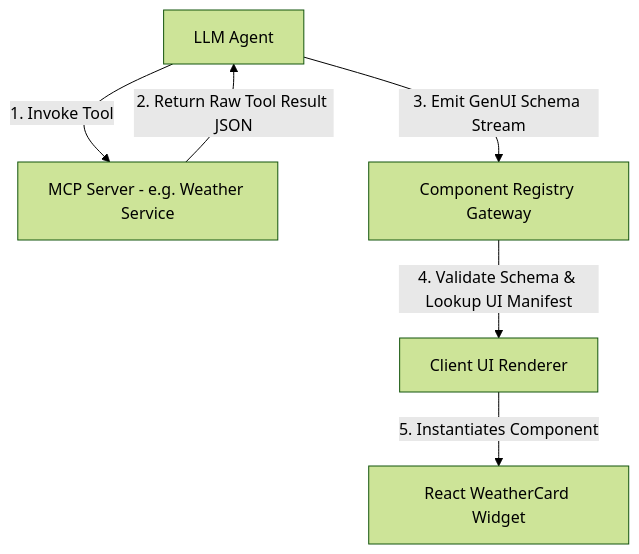
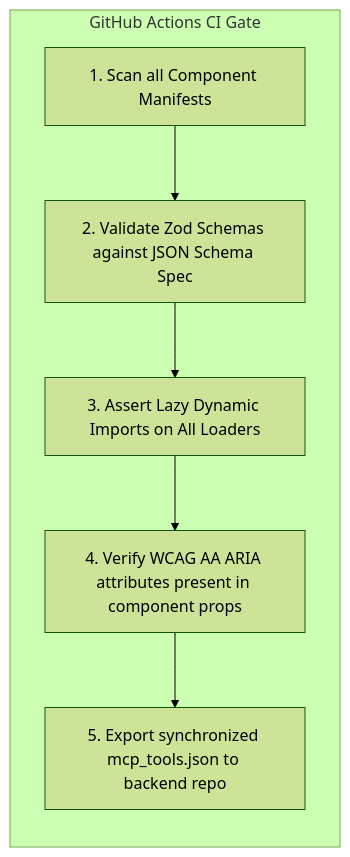
Before and after one commit to vesviet/vesviet: the fifth of 5 diagrams in content/series/generative-ui-architecture/part-3-component-registry.md, drawn with Mermaid (forest theme). The commit also changed other lines of this file and 28 other files, not shown here.

Commit message:
feat(content): upgrade generative-ui-architecture series to 2027 SOTA masterclass & publish deep research dossiers

````diff
--- a/content/series/generative-ui-architecture/part-3-component-registry.md
+++ b/content/series/generative-ui-architecture/part-3-component-registry.md
@@ -36,8 +341,9 @@
 ```mermaid
-graph TD
-    A["LLM Agent"] -->|"1. Invoke Tool"| B["MCP Server - e.g. Weather Service"]
-    B -->|"2. Return Raw Tool Result JSON"| A
-    A -->|"3. Emit GenUI Schema Stream"| C["Component Registry Gateway"]
-    C -->|"4. Validate Schema & Lookup UI Manifest"| D["Client UI Renderer"]
-    D -->|"5. Instantiates Component"| E["React WeatherCard Widget"]
+flowchart LR
+    subgraph CIWorkflow ["GitHub Actions CI Gate"]
+        Check1["1. Scan all Component Manifests"] --> Check2["2. Validate Zod Schemas against JSON Schema Spec"]
+        Check2 --> Check3["3. Assert Lazy Dynamic Imports on All Loaders"]
+        Check3 --> Check4["4. Verify WCAG AA ARIA attributes present in component props"]
+        Check4 --> Check5["5. Export synchronized mcp_tools.json to backend repo"]
+    end
 ```
````
